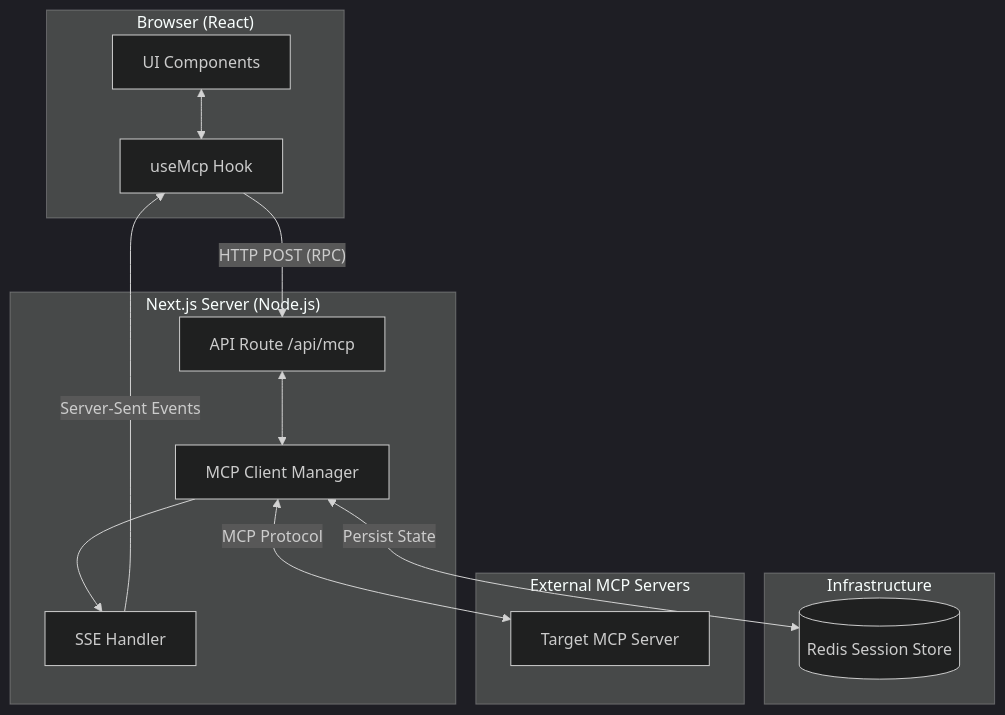
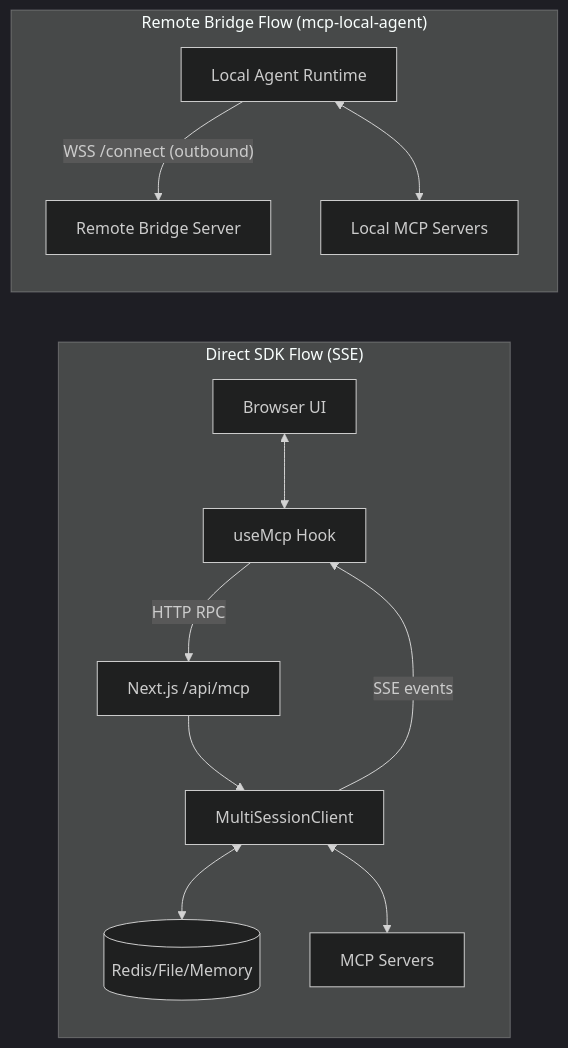
Before and after one commit to Granny-vs-luke/mcp-ts: the diagram in README.md, drawn with Mermaid (dark theme). The commit also changed other lines of this file and 4 other files, not shown here.

Commit message:
fix(client): prevent READY state flicker and bump @mcp-ts/sdk to 1.3.4

````diff
--- a/README.md
+++ b/README.md
@@ -344,30 +344,27 @@
 ```mermaid
-graph TD
-    subgraph Client ["Browser (React)"]
-        UI[UI Components]
+graph LR
+    subgraph Direct["Direct SDK Flow (SSE)"]
+        UI[Browser UI]
         Hook[useMcp Hook]
+        API[Next.js /api/mcp]
+        Mgr[MultiSessionClient]
+        Store[(Redis/File/Memory)]
+        MCP[MCP Servers]
+
         UI <--> Hook
+        Hook -- "HTTP RPC" --> API
+        API --> Mgr
+        Mgr -- "SSE events" --> Hook
+        Mgr <--> Store
+        Mgr <--> MCP
     end
 
-    subgraph Server ["Next.js Server (Node.js)"]
-        API[API Route /api/mcp]
-        SSE[SSE Handler]
-        ClientMgr[MCP Client Manager]
-        
-        API <--> ClientMgr
-        ClientMgr --> SSE
+    subgraph Bridge["Remote Bridge Flow (mcp-local-agent)"]
+        Agent[Local Agent Runtime]
+        Remote[Remote Bridge Server]
+        LocalMcp[Local MCP Servers]
+
+        Agent -- "WSS /connect (outbound)" --> Remote
+        Agent <--> LocalMcp
     end
-
-    subgraph Infrastructure
-        Redis[(Redis Session Store)]
-    end
-
-    subgraph External ["External MCP Servers"]
-        TargetServer[Target MCP Server]
-    end
-
-    Hook -- "HTTP POST (RPC)" --> API
-    SSE -- "Server-Sent Events" --> Hook
-    ClientMgr -- "Persist State" <--> Redis
-    ClientMgr -- "MCP Protocol" <--> TargetServer
 ```
````
